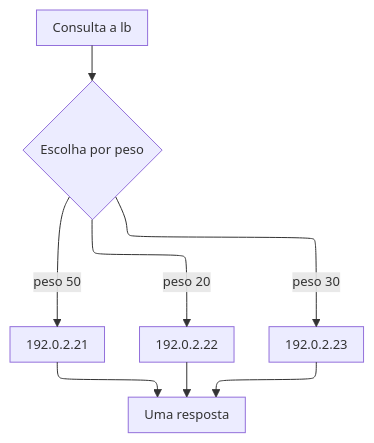
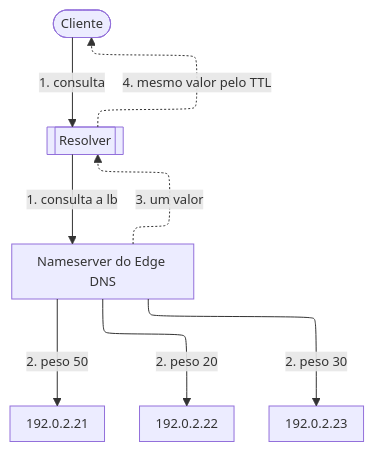
The third of 4 diagrams in apps/docs/src/content/docs/pt-br/pages/secure/edge-dns/how-it-works.mdx (aziontech/docs), drawn with Mermaid before and after one commit. The commit also changed other lines of this file and 73 other files, not shown here.

Commit message:
fix(edge-dns): test the Edge DNS section against the product and correct the pages (#2710)

````diff
--- a/apps/docs/src/content/docs/pt-br/pages/secure/edge-dns/how-it-works.mdx
+++ b/apps/docs/src/content/docs/pt-br/pages/secure/edge-dns/how-it-works.mdx
@@ -81,11 +103,17 @@
 ```mermaid
-%%{init: {"layout": "elk", "themeVariables": {"fontSize": "13px"}, "flowchart": {"nodeSpacing": 24, "rankSpacing": 36, "padding": 8, "wrappingWidth": 150, "useMaxWidth": true}, "sequence": {"width": 120, "actorMargin": 30, "useMaxWidth": true}}}%%
+%%{init: {"layout": "elk", "elk": {"cycleBreakingStrategy": "MODEL_ORDER"}, "themeVariables": {"fontSize": "13px"}, "flowchart": {"nodeSpacing": 24, "rankSpacing": 36, "padding": 8, "wrappingWidth": 150, "useMaxWidth": true}, "sequence": {"width": 120, "actorMargin": 30, "useMaxWidth": true}}}%%
 flowchart TD
-  Query["Consulta a lb"] --> Pick{"Escolha por peso"}
-  Pick -->|"peso 50"| R1["192.0.2.21"]
-  Pick -->|"peso 20"| R2["192.0.2.22"]
-  Pick -->|"peso 30"| R3["192.0.2.23"]
-  R1 --> Ans["Uma resposta"]
-  R2 --> Ans
-  R3 --> Ans
+  Client(["Cliente"])
+  Resolver[["Resolver"]]
+  NS["Nameserver do Edge DNS"]
+  R1["192.0.2.21"]
+  R2["192.0.2.22"]
+  R3["192.0.2.23"]
+  Client -->|"1. consulta"| Resolver
+  Resolver -->|"1. consulta a lb"| NS
+  NS -->|"2. peso 50"| R1
+  NS -->|"2. peso 20"| R2
+  NS -->|"2. peso 30"| R3
+  NS -.->|"3. um valor"| Resolver
+  Resolver -.->|"4. mesmo valor pelo TTL"| Client
 ```
````
